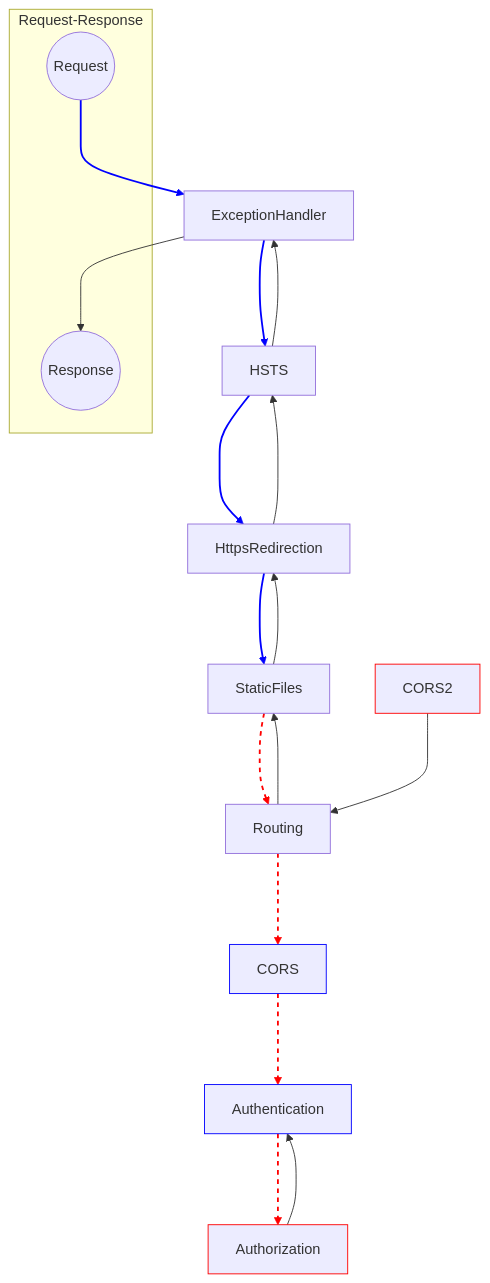
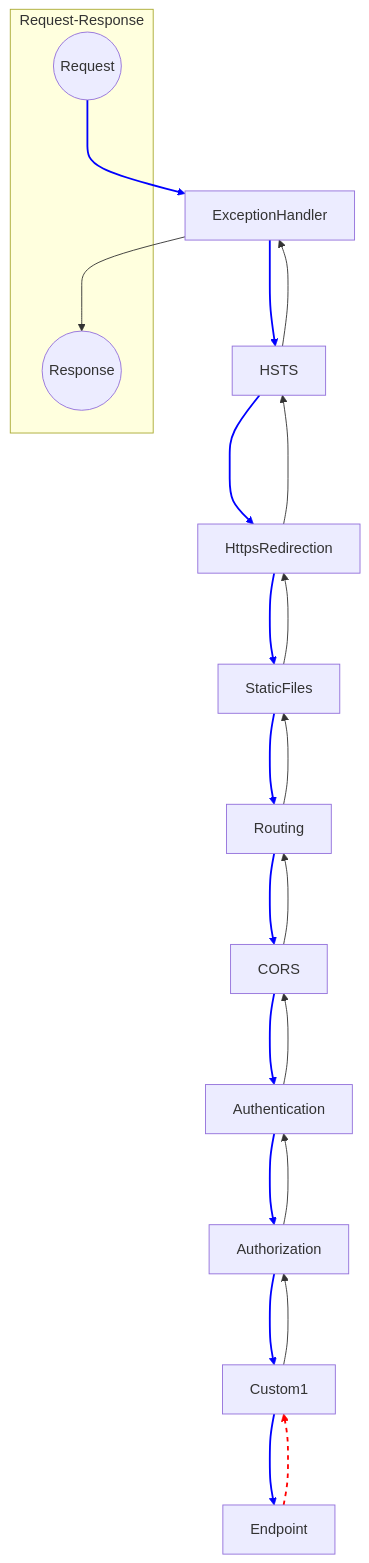
One commit to Rick-Anderson/MiddlewareMermaid changed the diagram in MiddlewareMermaid/f_color.md. Above: the diagram before and after it, drawn with Mermaid.

````diff
--- a/MiddlewareMermaid/f_color.md
+++ b/MiddlewareMermaid/f_color.md
@@ -1,36 +1,42 @@
 ```mermaid
 graph TD;
     subgraph Request-Response
         Request((Request))
         Response((Response))
     end
     Request--->ExceptionHandler
     ExceptionHandler--->HSTS
     HSTS--->HttpsRedirection
     HttpsRedirection--->StaticFiles
     StaticFiles--->Routing
     Routing--->CORS
     CORS--->Authentication
-    style CORS stroke: blue;
-    style Authentication stroke: blue;
     Authentication--->Authorization
-    style Authorization stroke: red;
-    Authorization-->Authentication
-    style CORS2 stroke: red;
-    CORS2--->Routing
+    Authorization--->Custom1
+    Custom1--->Endpoint
+    
+    Endpoint--->Custom1
+    Custom1--->Authorization
+    Authorization--->Authentication
+    Authentication--->CORS
+    CORS--->Routing
     Routing--->StaticFiles
     StaticFiles--->HttpsRedirection
     HttpsRedirection--->HSTS
     HSTS--->ExceptionHandler
     ExceptionHandler--->Response
+    
+    %% Link Styles
     linkStyle 0 stroke-width:2px,fill:none,stroke:blue;
     linkStyle 1 stroke-width:2px,fill:none,stroke:blue;
     linkStyle 2 stroke-width:2px,fill:none,stroke:blue;
     linkStyle 3 stroke-width:2px,fill:none,stroke:blue;
-    linkStyle 4 stroke-dasharray: 5 5, stroke-width:2px,fill:none,stroke:red;
-    linkStyle 5 stroke-dasharray: 5 5, stroke-width:2px,fill:none,stroke:red;
-    linkStyle 6 stroke-dasharray: 5 5, stroke-width:2px,fill:none,stroke:red;
-    linkStyle 7 stroke-dasharray: 5 5, stroke-width:2px,fill:none,stroke:red;
-
+    linkStyle 4 stroke-width:2px,fill:none,stroke:blue;
+    linkStyle 5 stroke-width:2px,fill:none,stroke:blue;
+    linkStyle 6 stroke-width:2px,fill:none,stroke:blue;
+    linkStyle 7 stroke-width:2px,fill:none,stroke:blue;
+    linkStyle 8 stroke-width:2px,fill:none,stroke:blue;
+    linkStyle 9 stroke-width:2px,fill:none,stroke:blue;
+    linkStyle 10 stroke-dasharray: 5 5, stroke-width:2px,fill:none,stroke:red;
 
 ```
````
